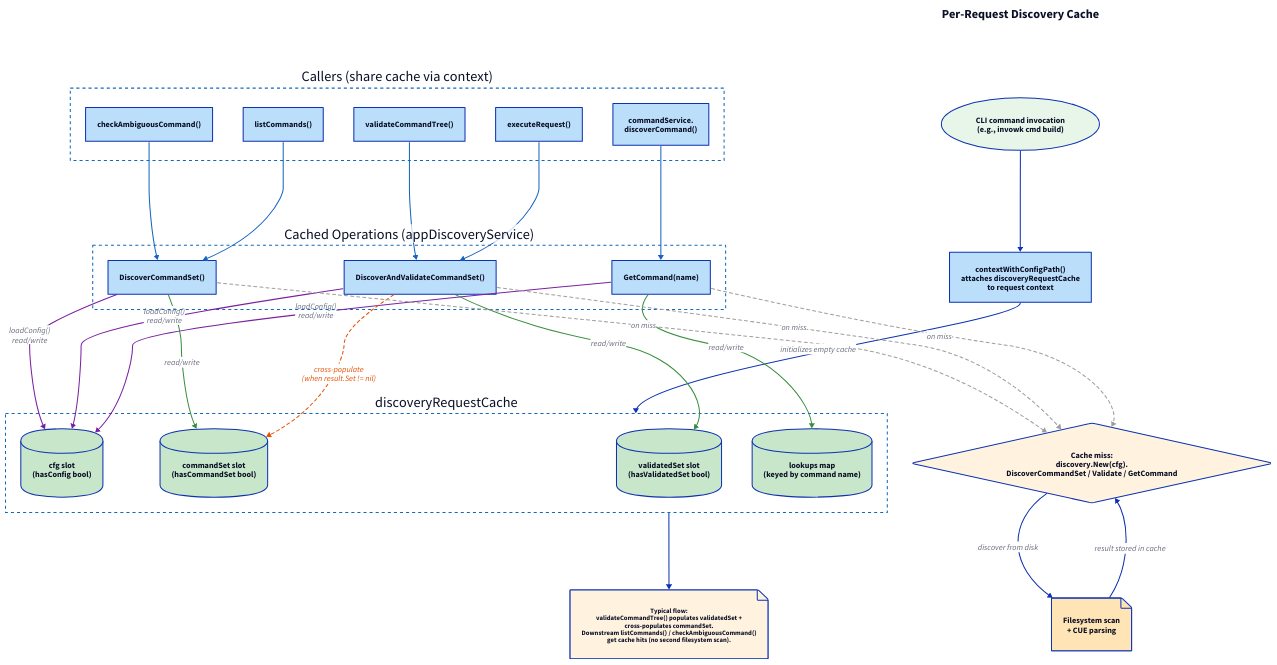
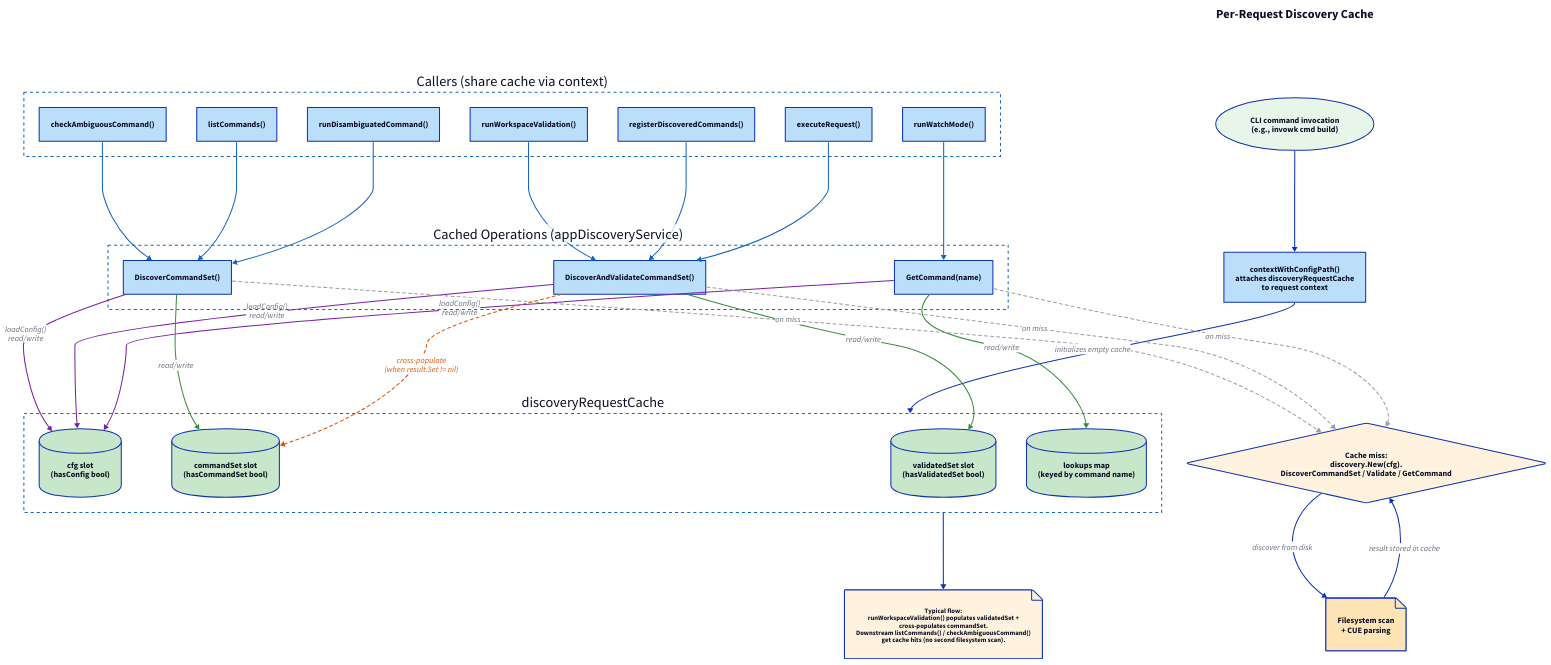
Before and after one commit to invowk/invowk: the diagram in docs/diagrams/flowcharts/discovery-cache.d2, drawn with D2. The commit also changed 9 other files, not shown here. The source asks for the TALA layout; these drawings use dagre instead.

```diff
--- a/docs/diagrams/flowcharts/discovery-cache.d2
+++ b/docs/diagrams/flowcharts/discovery-cache.d2
@@ -3,7 +3,7 @@
 # Shows how the discoveryRequestCache in cmd/invowk/app.go memoizes
 # discovery results within a single CLI invocation. The cache is
 # attached to the request context by contextWithConfigPath() and
-# shared across five callers that would otherwise trigger redundant
+# shared across seven callers that would otherwise trigger redundant
 # filesystem scans.
 #
 # Key detail: DiscoverAndValidateCommandSet cross-populates the
@@ -172,7 +172,7 @@
 }
 
 # ==============================================================================
-# Five Callers (share the cache through context)
+# Seven Callers (share the cache through context)
 # ==============================================================================
 
 callers: Callers (share cache via context) {
@@ -182,7 +182,11 @@
     fill: transparent
   }
 
-  validateCommandTree: validateCommandTree() {
+  validateCommandTree: runWorkspaceValidation() {
+    style.fill: "#BBDEFB"
+  }
+
+  registerDiscoveredCommands: registerDiscoveredCommands() {
     style.fill: "#BBDEFB"
   }
 
@@ -198,7 +202,11 @@
     style.fill: "#BBDEFB"
   }
 
-  discoverCommand: commandService.\ndiscoverCommand() {
+  runDisambiguatedCommand: runDisambiguatedCommand() {
+    style.fill: "#BBDEFB"
+  }
+
+  runWatchMode: runWatchMode() {
     style.fill: "#BBDEFB"
   }
 }
@@ -206,6 +214,10 @@
 # Caller -> Operation connections
 
 callers.validateCommandTree -> operations.DiscoverAndValidateCommandSet: {
+  style.stroke: "#1565C0"
+}
+
+callers.registerDiscoveredCommands -> operations.DiscoverAndValidateCommandSet: {
   style.stroke: "#1565C0"
 }
 
@@ -221,7 +233,11 @@
   style.stroke: "#1565C0"
 }
 
-callers.discoverCommand -> operations.GetCommand: {
+callers.runDisambiguatedCommand -> operations.DiscoverCommandSet: {
+  style.stroke: "#1565C0"
+}
+
+callers.runWatchMode -> operations.GetCommand: {
   style.stroke: "#1565C0"
 }
 
@@ -229,7 +245,7 @@
 # Typical flow annotation
 # ==============================================================================
 
-Flow: Typical flow:\nvalidateCommandTree() populates validatedSet +\ncross-populates commandSet.\nDownstream listCommands() / checkAmbiguousCommand()\nget cache hits (no second filesystem scan). {
+Flow: Typical flow:\nrunWorkspaceValidation() populates validatedSet +\ncross-populates commandSet.\nDownstream listCommands() / checkAmbiguousCommand()\nget cache hits (no second filesystem scan). {
   shape: page
   style.fill: "#FFF3E0"
   style.font-size: 13
```
